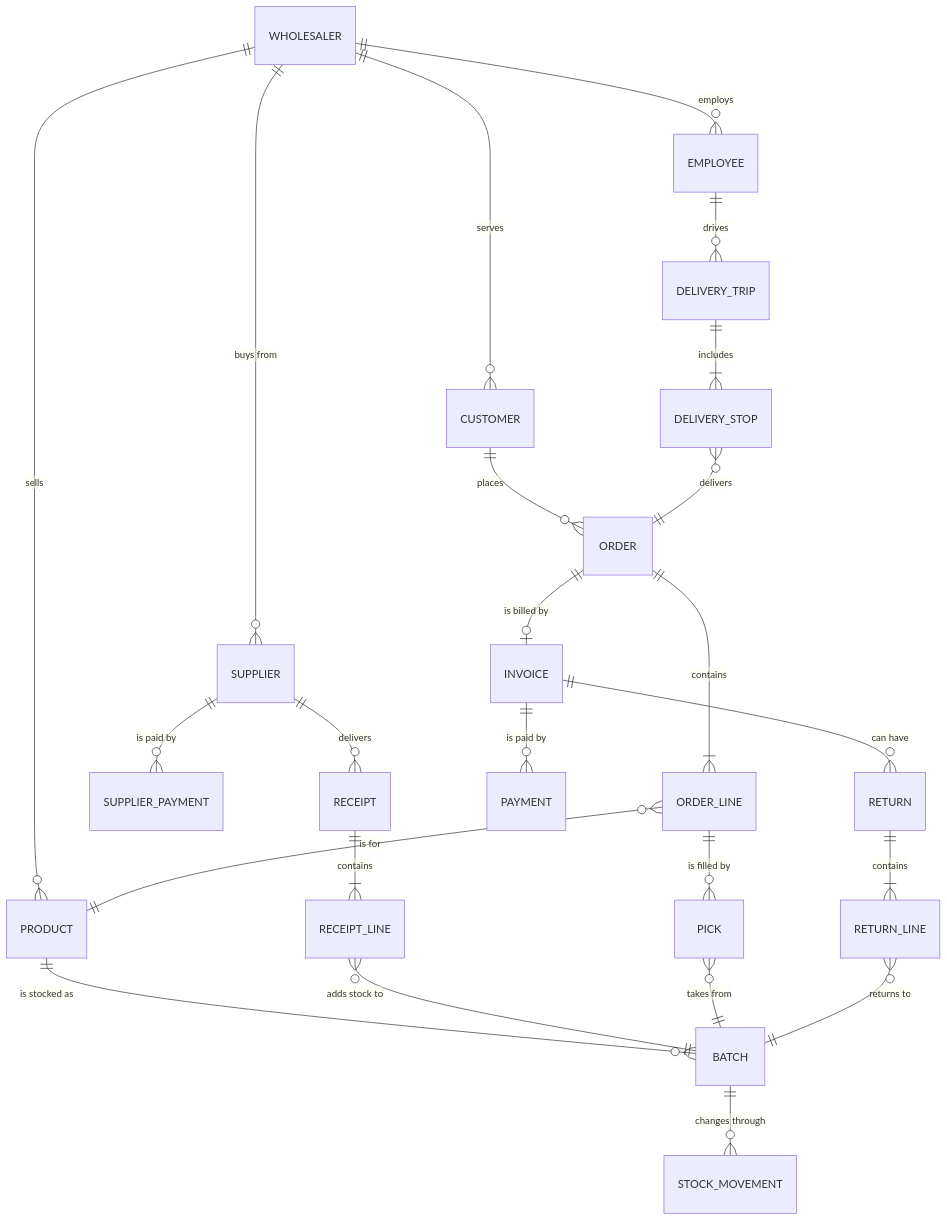
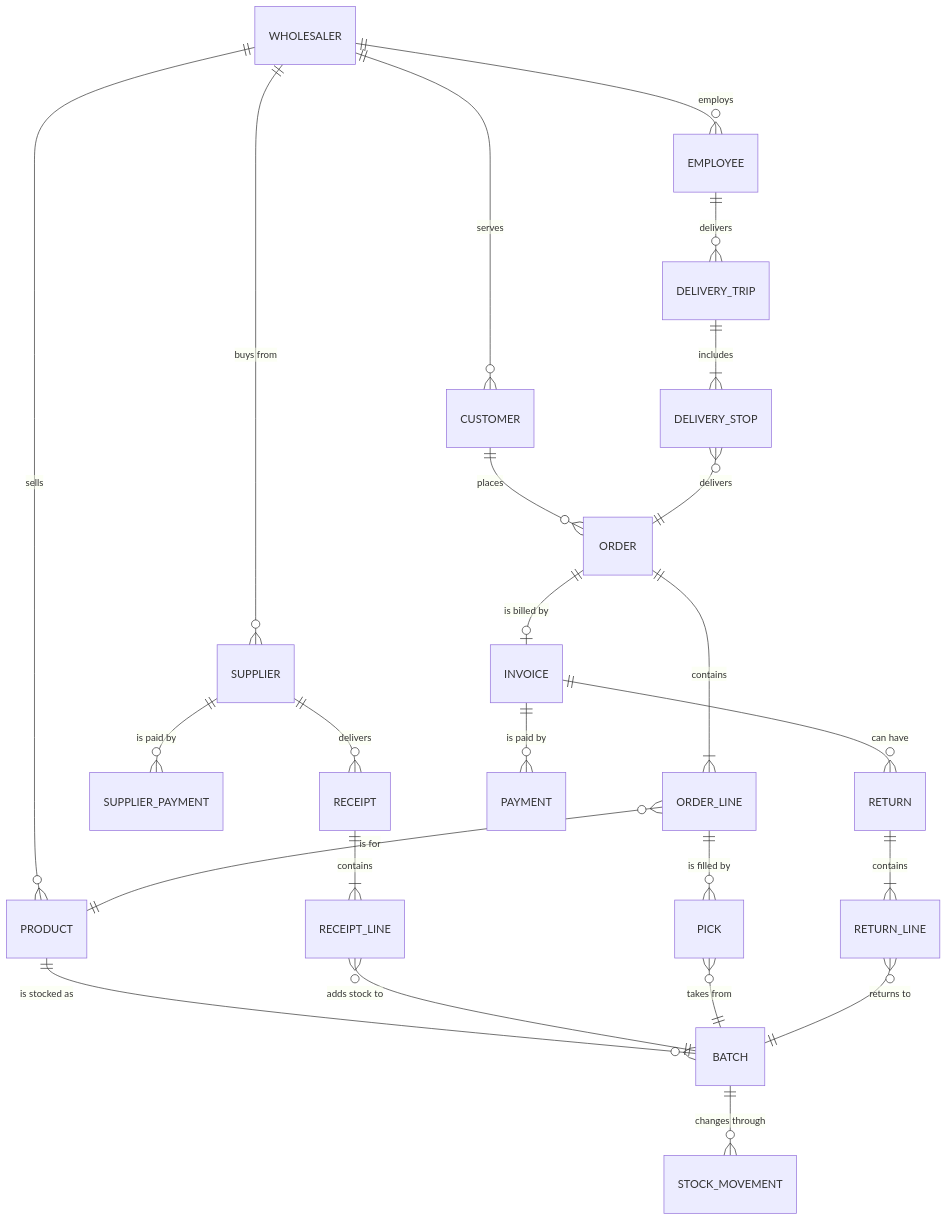
One commit to AhmedElnagarUU/Cosmo changed the diagram in docs/workflows/08-data-map.md. Above: the diagram before and after it, drawn with Mermaid. The commit also changed other lines of this file and 33 other files, not shown here.

````diff
--- a/docs/workflows/08-data-map.md
+++ b/docs/workflows/08-data-map.md
@@ -13,32 +13,32 @@
 ```mermaid
 erDiagram
     WHOLESALER ||--o{ EMPLOYEE : employs
     WHOLESALER ||--o{ CUSTOMER : serves
     WHOLESALER ||--o{ SUPPLIER : "buys from"
     WHOLESALER ||--o{ PRODUCT : sells
 
     PRODUCT ||--o{ BATCH : "is stocked as"
     BATCH ||--o{ STOCK_MOVEMENT : "changes through"
 
     SUPPLIER ||--o{ RECEIPT : delivers
     RECEIPT ||--|{ RECEIPT_LINE : contains
     RECEIPT_LINE }o--|| BATCH : "adds stock to"
     SUPPLIER ||--o{ SUPPLIER_PAYMENT : "is paid by"
 
     CUSTOMER ||--o{ ORDER : places
     ORDER ||--|{ ORDER_LINE : contains
     ORDER_LINE }o--|| PRODUCT : "is for"
     ORDER_LINE ||--o{ PICK : "is filled by"
     PICK }o--|| BATCH : "takes from"
 
     DELIVERY_TRIP ||--|{ DELIVERY_STOP : includes
     DELIVERY_STOP }o--|| ORDER : delivers
-    EMPLOYEE ||--o{ DELIVERY_TRIP : drives
+    EMPLOYEE ||--o{ DELIVERY_TRIP : delivers
 
     ORDER ||--o| INVOICE : "is billed by"
     INVOICE ||--o{ PAYMENT : "is paid by"
 
     INVOICE ||--o{ RETURN : "can have"
     RETURN ||--|{ RETURN_LINE : contains
     RETURN_LINE }o--|| BATCH : "returns to"
 ```
````
